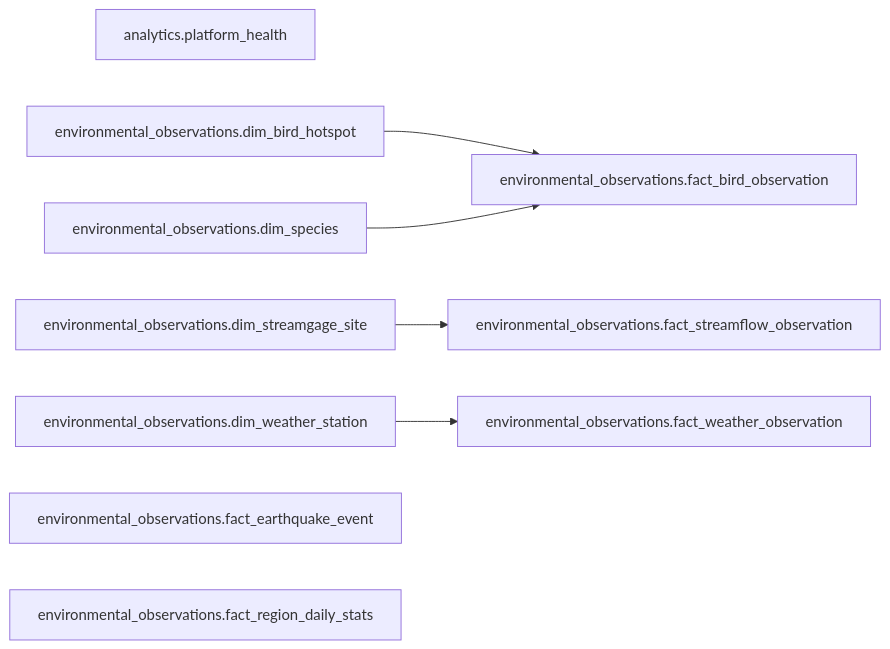
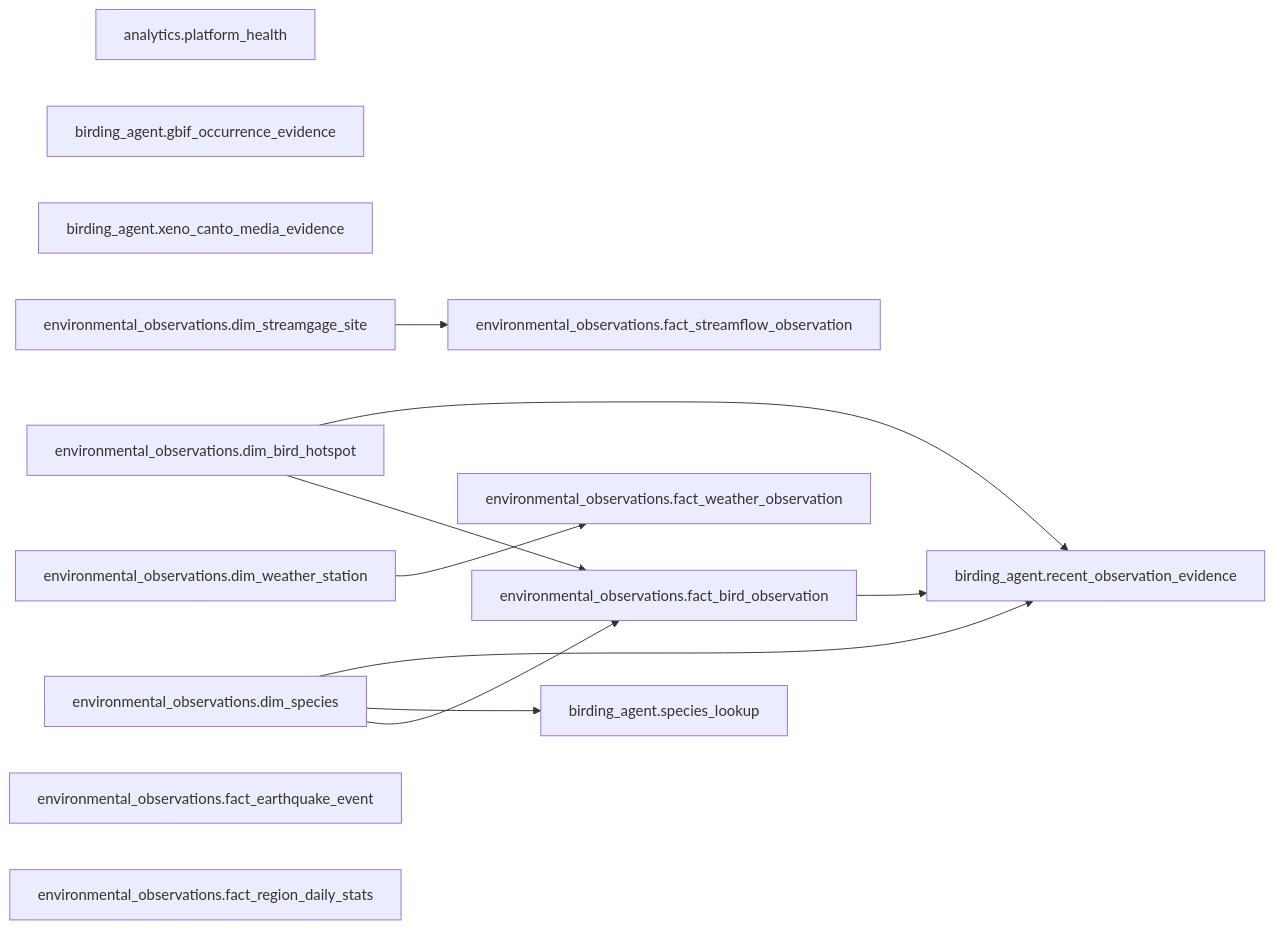
Before and after one commit to Doctacon/databox: the diagram in docs/dictionary/lineage.md, drawn with Mermaid. The commit also changed 83 other files, not shown here.

````diff
--- a/docs/dictionary/lineage.md
+++ b/docs/dictionary/lineage.md
@@ -5,28 +5,40 @@
 ```mermaid
 graph LR
     n0["analytics.platform_health"]
-    n1["environmental_observations.dim_bird_hotspot"]
-    n2["environmental_observations.dim_species"]
-    n3["environmental_observations.dim_streamgage_site"]
-    n4["environmental_observations.dim_weather_station"]
-    n5["environmental_observations.fact_bird_observation"]
-    n6["environmental_observations.fact_earthquake_event"]
-    n7["environmental_observations.fact_region_daily_stats"]
-    n8["environmental_observations.fact_streamflow_observation"]
-    n9["environmental_observations.fact_weather_observation"]
-    n1 --> n5
-    n2 --> n5
-    n3 --> n8
-    n4 --> n9
+    n1["birding_agent.gbif_occurrence_evidence"]
+    n2["birding_agent.recent_observation_evidence"]
+    n3["birding_agent.species_lookup"]
+    n4["birding_agent.xeno_canto_media_evidence"]
+    n5["environmental_observations.dim_bird_hotspot"]
+    n6["environmental_observations.dim_species"]
+    n7["environmental_observations.dim_streamgage_site"]
+    n8["environmental_observations.dim_weather_station"]
+    n9["environmental_observations.fact_bird_observation"]
+    n10["environmental_observations.fact_earthquake_event"]
+    n11["environmental_observations.fact_region_daily_stats"]
+    n12["environmental_observations.fact_streamflow_observation"]
+    n13["environmental_observations.fact_weather_observation"]
+    n5 --> n2
+    n6 --> n2
+    n9 --> n2
+    n6 --> n3
+    n5 --> n9
+    n6 --> n9
+    n7 --> n12
+    n8 --> n13
 
     click n0 "analytics/platform_health.md"
-    click n1 "environmental_observations/dim_bird_hotspot.md"
-    click n2 "environmental_observations/dim_species.md"
-    click n3 "environmental_observations/dim_streamgage_site.md"
-    click n4 "environmental_observations/dim_weather_station.md"
-    click n5 "environmental_observations/fact_bird_observation.md"
-    click n6 "environmental_observations/fact_earthquake_event.md"
-    click n7 "environmental_observations/fact_region_daily_stats.md"
-    click n8 "environmental_observations/fact_streamflow_observation.md"
-    click n9 "environmental_observations/fact_weather_observation.md"
+    click n1 "birding_agent/gbif_occurrence_evidence.md"
+    click n2 "birding_agent/recent_observation_evidence.md"
+    click n3 "birding_agent/species_lookup.md"
+    click n4 "birding_agent/xeno_canto_media_evidence.md"
+    click n5 "environmental_observations/dim_bird_hotspot.md"
+    click n6 "environmental_observations/dim_species.md"
+    click n7 "environmental_observations/dim_streamgage_site.md"
+    click n8 "environmental_observations/dim_weather_station.md"
+    click n9 "environmental_observations/fact_bird_observation.md"
+    click n10 "environmental_observations/fact_earthquake_event.md"
+    click n11 "environmental_observations/fact_region_daily_stats.md"
+    click n12 "environmental_observations/fact_streamflow_observation.md"
+    click n13 "environmental_observations/fact_weather_observation.md"
 ```
````
